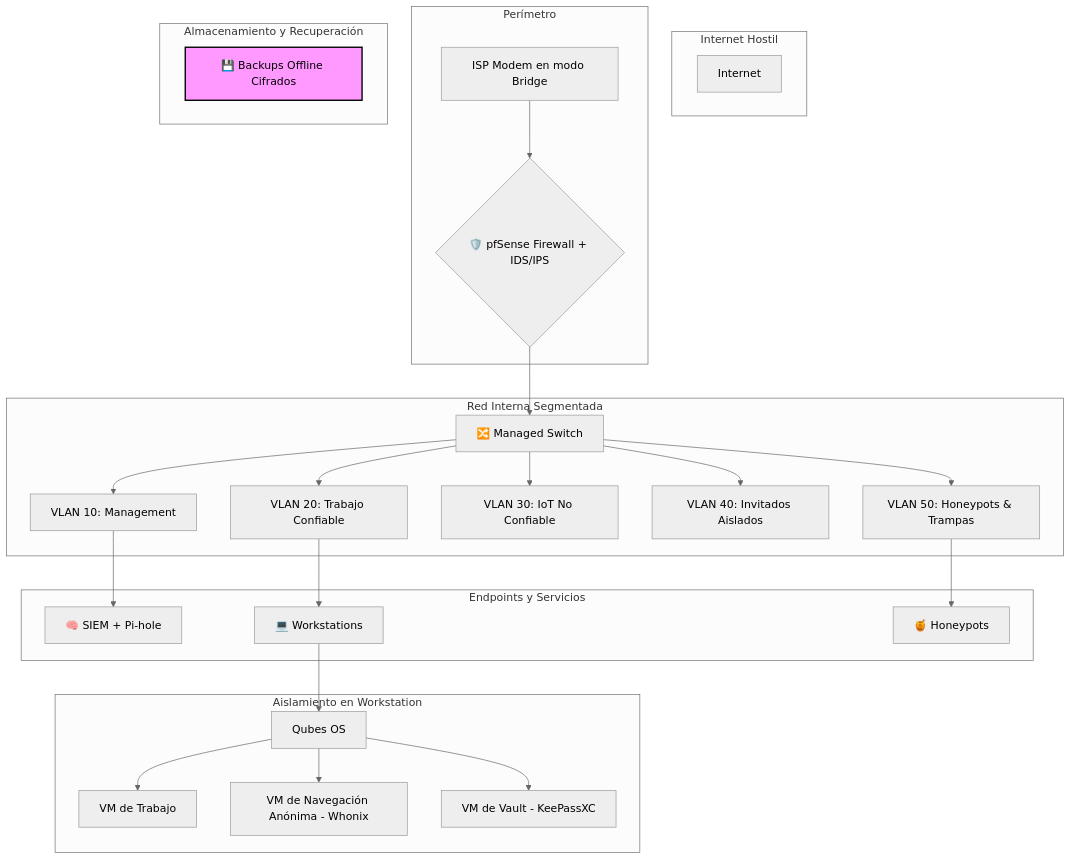
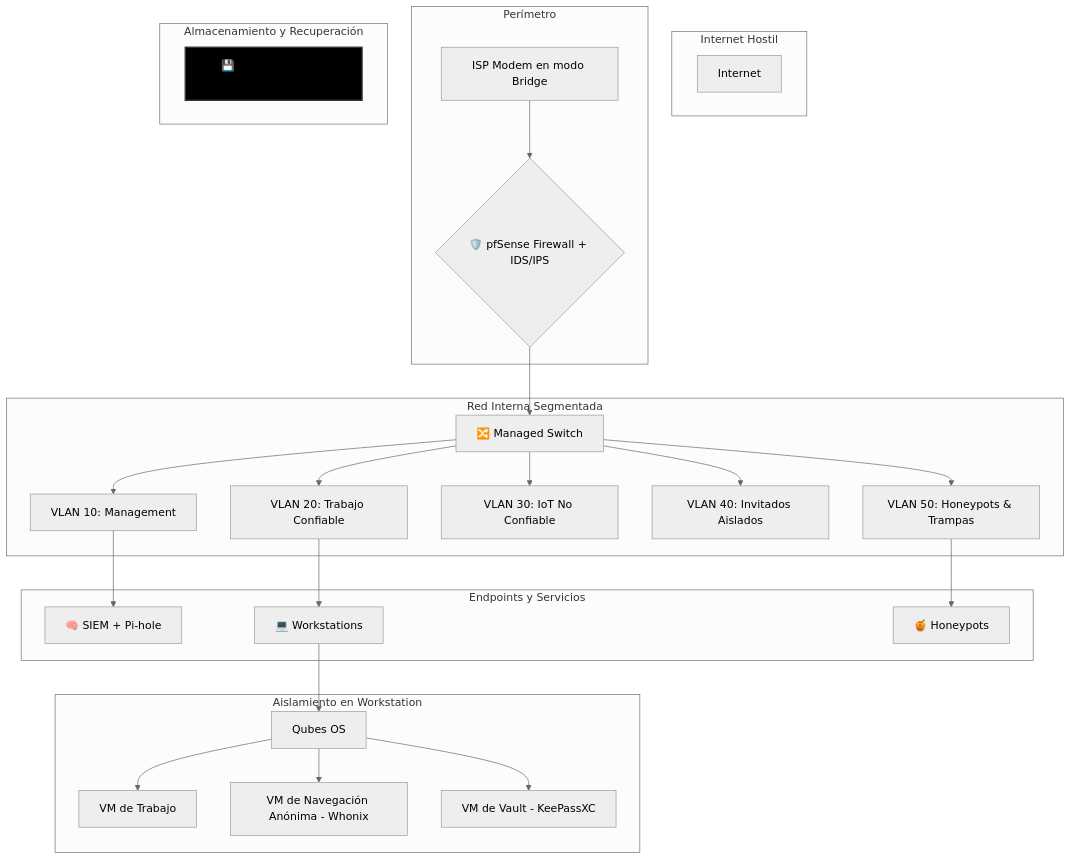
One commit to jviera100/documentacion changed the second of 2 diagrams in 03_ciberseguridad_y_redes/14_defense.md. Above: the diagram before and after it, drawn with Mermaid (neutral theme).

Commit message:
:sparkles:up

````diff
--- a/03_ciberseguridad_y_redes/14_defense.md
+++ b/03_ciberseguridad_y_redes/14_defense.md
@@ -30,38 +30,38 @@
 ```mermaid
 graph TD
     subgraph Internet Hostil
         A[Internet]
     end
 
     subgraph Perímetro
         B[ISP Modem en modo Bridge] --> C{🛡️ pfSense Firewall + IDS/IPS};
     end
 
     subgraph Red Interna Segmentada
         C --> D[🔀 Managed Switch];
         D --> V10[VLAN 10: Management];
         D --> V20[VLAN 20: Trabajo Confiable];
         D --> V30[VLAN 30: IoT No Confiable];
         D --> V40[VLAN 40: Invitados Aislados];
         D --> V50[VLAN 50: Honeypots & Trampas];
     end
     
     subgraph Endpoints y Servicios
         V10 --> E[🧠 SIEM + Pi-hole];
         V20 --> F[💻 Workstations];
         V50 --> G[🍯 Honeypots];
     end
 
     subgraph Aislamiento en Workstation
         F --> H[Qubes OS];
         H --> I[VM de Trabajo];
         H --> J[VM de Navegación Anónima - Whonix];
         H --> K[VM de Vault - KeePassXC];
     end
 
     subgraph Almacenamiento y Recuperación
         L[💾 Backups Offline Cifrados]
     end
 
-    style L fill:#f9f,stroke:#000,stroke-width:2px
+    style L fill:#000,stroke:#333,stroke-width:2px
 ```
````
